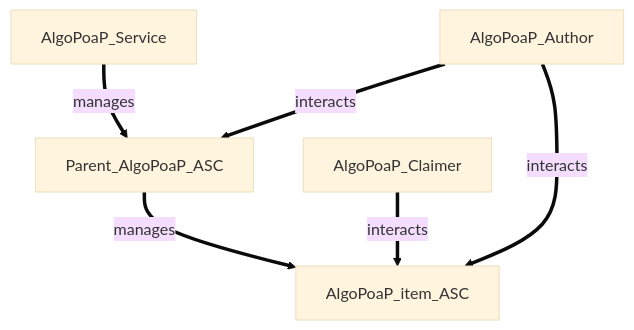
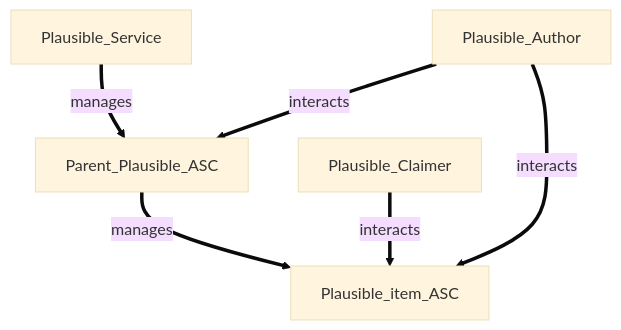
The fourth of 8 diagrams in profile/README.md (GoPlausible/.github), drawn with Mermaid (base theme) before and after one commit. The commit also changed other lines of this file, not shown here.

````diff
--- a/profile/README.md
+++ b/profile/README.md
@@ -222,9 +222,9 @@
 ```mermaid
   graph TD;
-      AlgoPoaP_Service== manages ==>Parent_AlgoPoaP_ASC;
-      Parent_AlgoPoaP_ASC== manages ==>AlgoPoaP_item_ASC;
+      Plausible_Service== manages ==>Parent_Plausible_ASC;
+      Parent_Plausible_ASC== manages ==>Plausible_item_ASC;
       
-      AlgoPoaP_Claimer== interacts ==>AlgoPoaP_item_ASC;
-      AlgoPoaP_Author== interacts ==>Parent_AlgoPoaP_ASC;
-      AlgoPoaP_Author== interacts ==>AlgoPoaP_item_ASC;
+      Plausible_Claimer== interacts ==>Plausible_item_ASC;
+      Plausible_Author== interacts ==>Parent_Plausible_ASC;
+      Plausible_Author== interacts ==>Plausible_item_ASC;
 ```
````
